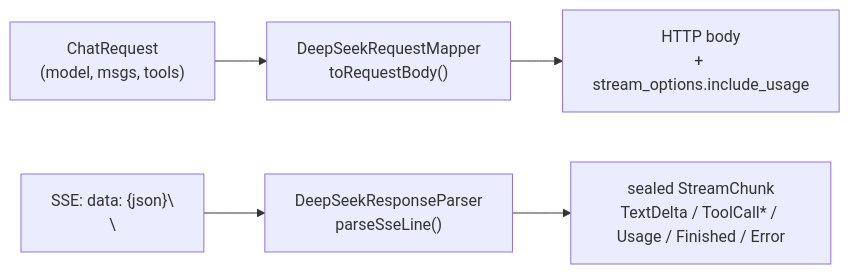
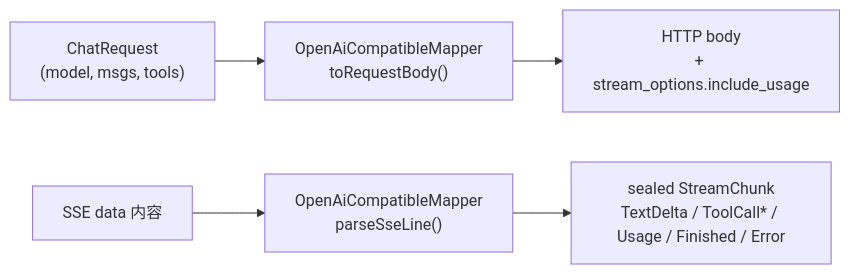
One commit to makemeking233-hub/agent-demo changed the fourth of 11 diagrams in docs/guides/architecture.md. Above: the diagram before and after it, drawn with Mermaid. The commit also changed other lines of this file and 3 other files, not shown here.

````diff
--- a/docs/guides/architecture.md
+++ b/docs/guides/architecture.md
@@ -180,8 +180,8 @@
 ```mermaid
 flowchart LR
-    ChatRequest["ChatRequest<br/>(model, msgs, tools)"] --> ReqMapper["DeepSeekRequestMapper<br/>toRequestBody()"]
+    ChatRequest["ChatRequest<br/>(model, msgs, tools)"] --> ReqMapper["OpenAiCompatibleMapper<br/>toRequestBody()"]
     ReqMapper --> Body["HTTP body<br/>+ stream_options.include_usage"]
 
-    SSEChunk["SSE: data: {json}\\n\\n"] --> RespParser["DeepSeekResponseParser<br/>parseSseLine()"]
+    SSEChunk["SSE data 内容"] --> RespParser["OpenAiCompatibleMapper<br/>parseSseLine()"]
     RespParser --> StreamChunk["sealed StreamChunk<br/>TextDelta / ToolCall* / Usage / Finished / Error"]
 ```
````
